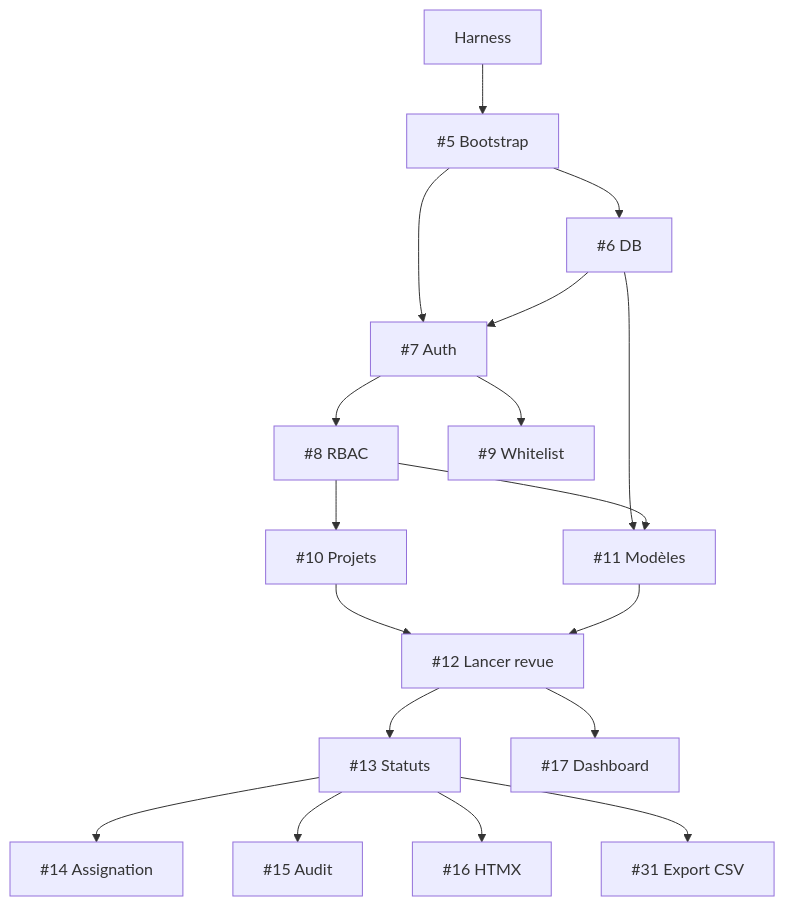
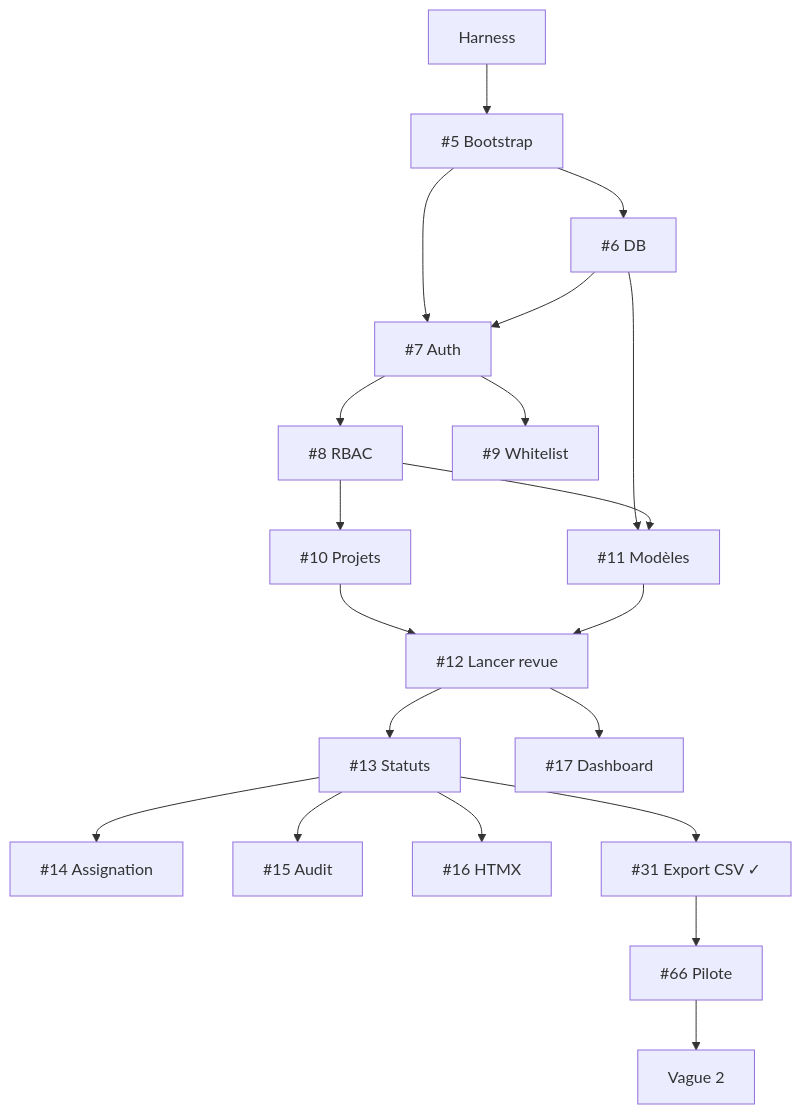
The diagram in docs/ROADMAP.md (jeb-maker/revues), drawn with Mermaid before and after one commit. The commit also changed other lines of this file, not shown here.

Commit message:
docs(roadmap): aligner vague 1a avec issues #62-#66 post-audit

````diff
--- a/docs/ROADMAP.md
+++ b/docs/ROADMAP.md
@@ -88,20 +96,22 @@
 ```mermaid
 flowchart TD
     H[Harness] --> T5[#5 Bootstrap]
     T5 --> T6[#6 DB]
     T5 --> T7[#7 Auth]
     T6 --> T7
     T7 --> T8[#8 RBAC]
     T7 --> T9[#9 Whitelist]
     T8 --> T10[#10 Projets]
     T6 --> T11[#11 Modèles]
     T8 --> T11
     T10 --> T12[#12 Lancer revue]
     T11 --> T12
     T12 --> T13[#13 Statuts]
     T13 --> T14[#14 Assignation]
     T13 --> T15[#15 Audit]
     T13 --> T16[#16 HTMX]
     T12 --> T17[#17 Dashboard]
-    T13 --> T31[#31 Export CSV]
+    T13 --> T31[#31 Export CSV ✓]
+    T31 --> T66[#66 Pilote]
+    T66 --> V2[Vague 2]
 ```
````
